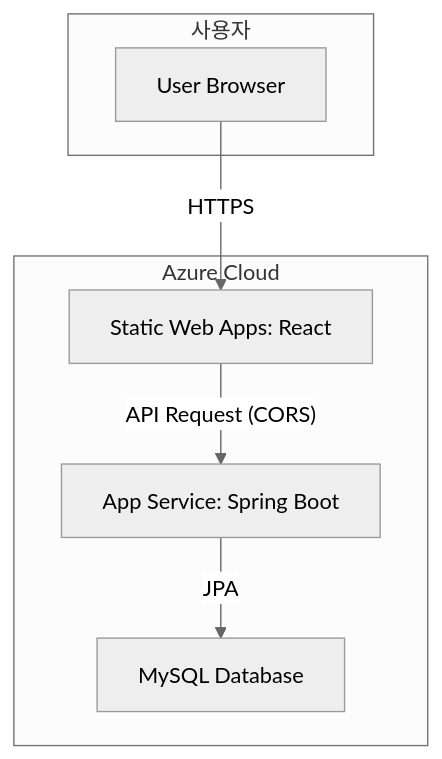
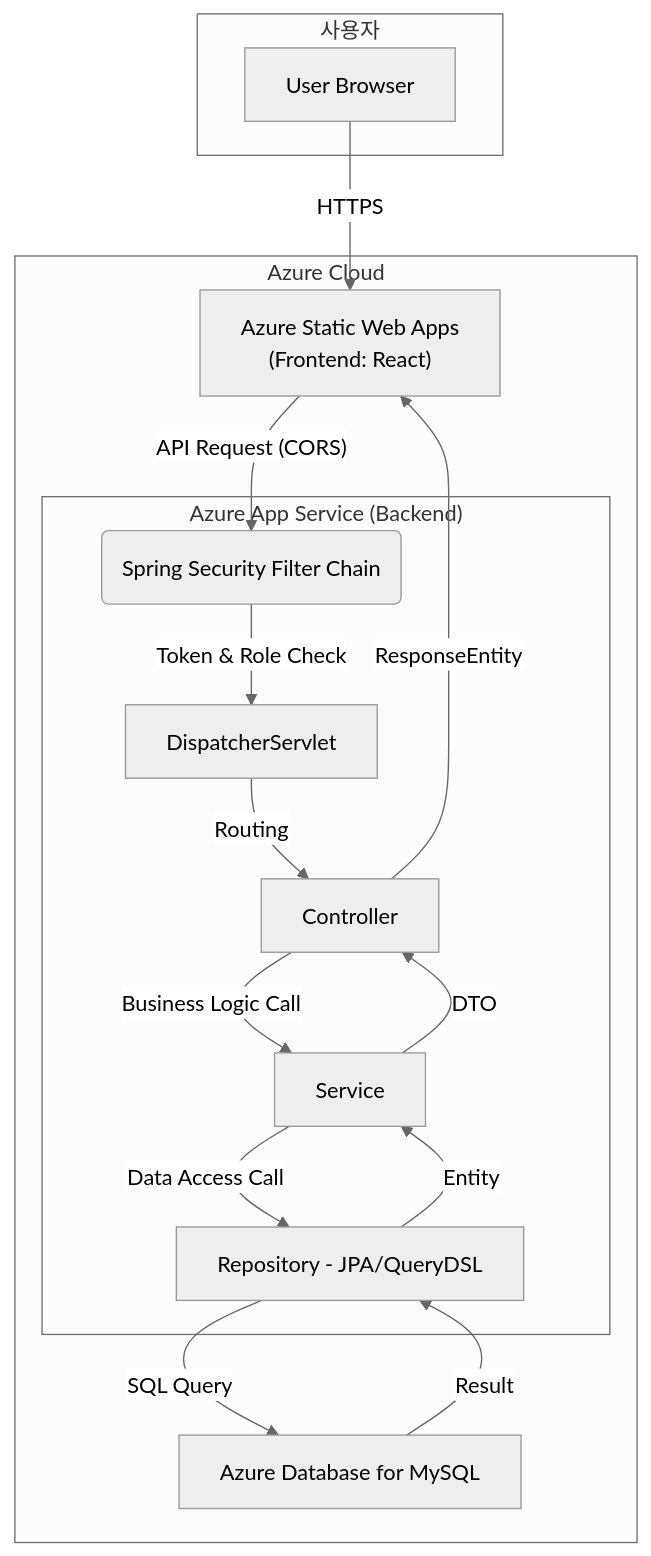
The diagram in README.md (juunghyun/be-fc-online), drawn with Mermaid (neutral theme) before and after one commit.

````diff
--- a/README.md
+++ b/README.md
@@ -28,16 +28,57 @@
 ```mermaid
 graph TD
-    subgraph 사용자
+
+    subgraph "사용자"
+
         A[User Browser]
+
     end
 
-    subgraph Azure Cloud
-        B[Static Web Apps: React]
-        C[App Service: Spring Boot]
-        D[MySQL Database]
+
+
+    subgraph "Azure Cloud"
+
+        B["Azure Static Web Apps <br/> (Frontend: React)"]
+
+        subgraph "Azure App Service (Backend)"
+
+            C("Spring Security Filter Chain")
+
+            D[DispatcherServlet]
+
+            E[Controller]
+
+            F[Service]
+
+            G["Repository - JPA/QueryDSL"]
+
+        end
+
+        H[Azure Database for MySQL]
+
     end
 
+
+
     A -- HTTPS --> B
+
     B -- API Request (CORS) --> C
-    C -- JPA --> D
+
+    C -- Token & Role Check --> D
+
+    D -- Routing --> E
+
+    E -- Business Logic Call --> F
+
+    F -- Data Access Call --> G
+
+    G -- SQL Query --> H
+
+    H -- Result --> G
+
+    G -- Entity --> F
+
+    F -- DTO --> E
+
+    E -- ResponseEntity --> B
 ```
````
